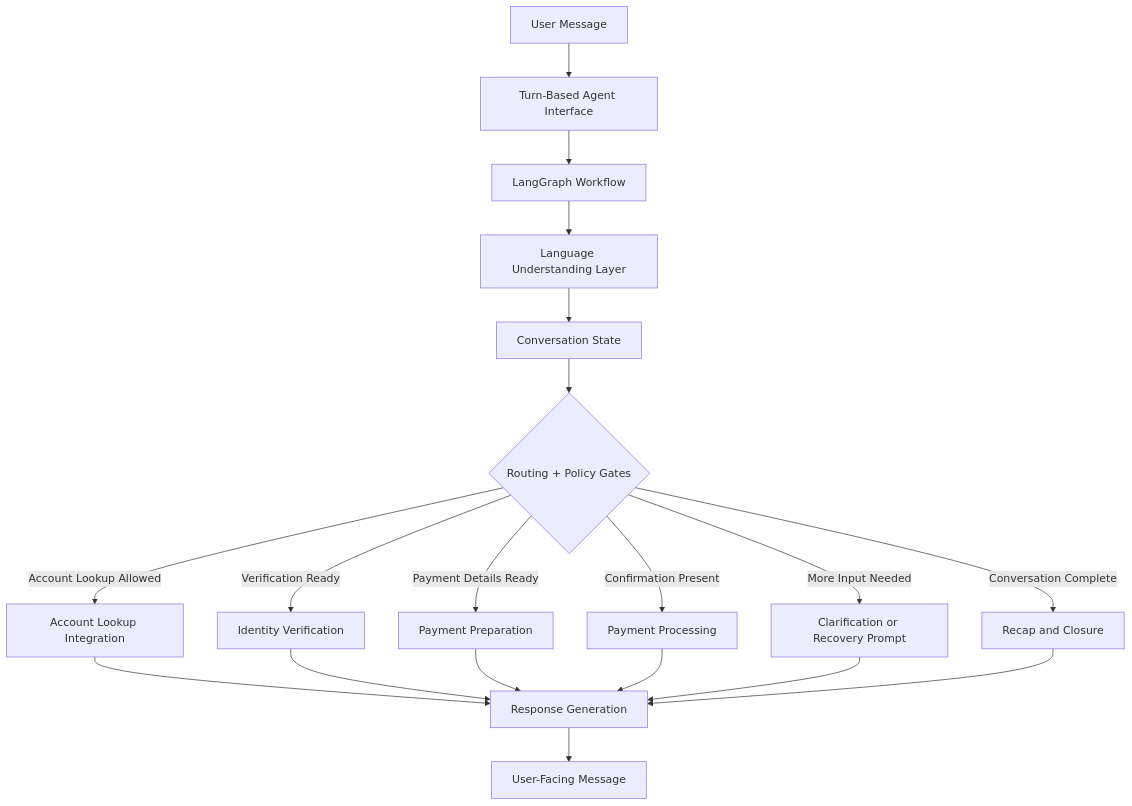
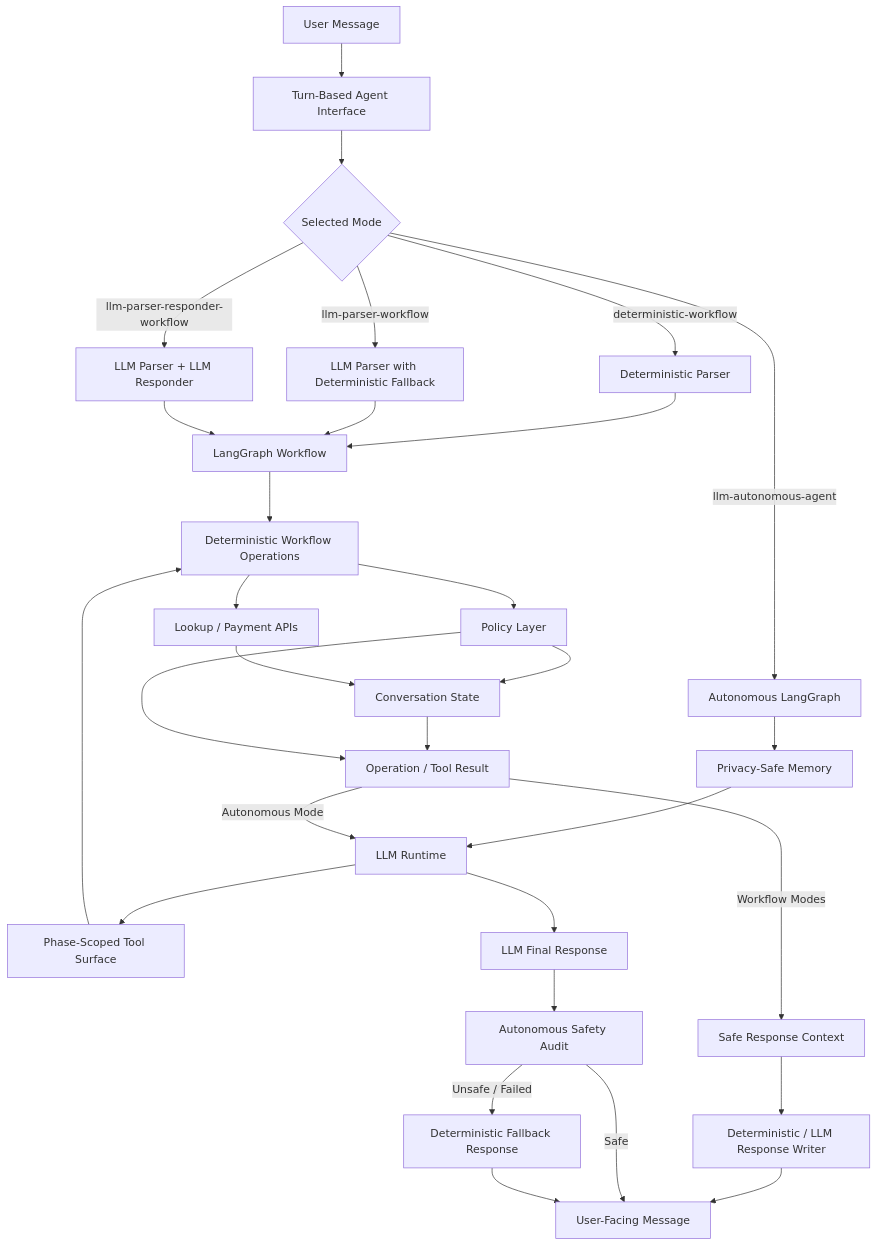
The first of 3 diagrams in docs/DESIGN.md (KayvanShah1/settlesentry-payment-collection-agent), drawn with Mermaid before and after one commit. The commit also changed other lines of this file and 5 other files, not shown here.

Commit message:
docs: refresh mode architecture and autonomous documentation

````diff
--- a/docs/DESIGN.md
+++ b/docs/DESIGN.md
@@ -45,25 +45,43 @@
 ```mermaid
 flowchart TD
     U[User Message] --> I[Turn-Based Agent Interface]
-    I --> G[LangGraph Workflow]
 
-    G --> P[Language Understanding Layer]
-    P --> S[Conversation State]
-    S --> R{Routing + Policy Gates}
+    I --> M{Selected Mode}
 
-    R -->|Account Lookup Allowed| L[Account Lookup Integration]
-    R -->|Verification Ready| V[Identity Verification]
-    R -->|Payment Details Ready| C[Payment Preparation]
-    R -->|Confirmation Present| X[Payment Processing]
-    R -->|More Input Needed| Q[Clarification or Recovery Prompt]
-    R -->|Conversation Complete| Z[Recap and Closure]
+    M -->|deterministic-workflow| D[Deterministic Parser]
+    M -->|llm-parser-workflow| LP[LLM Parser with Deterministic Fallback]
+    M -->|llm-parser-responder-workflow| LR[LLM Parser + LLM Responder]
+    M -->|llm-autonomous-agent| AG[Autonomous LangGraph]
 
-    L --> M[Response Generation]
-    V --> M
-    C --> M
-    X --> M
-    Q --> M
-    Z --> M
+    D --> G[LangGraph Workflow]
+    LP --> G
+    LR --> G
 
-    M --> A[User-Facing Message]
+    AG --> MEM[Privacy-Safe Memory]
+    MEM --> ART[LLM Runtime]
+    ART --> TS[Phase-Scoped Tool Surface]
+
+    G --> OPS[Deterministic Workflow Operations]
+    TS --> OPS
+
+    OPS --> P[Policy Layer]
+    P --> ST[Conversation State]
+
+    OPS --> API[Lookup / Payment APIs]
+    API --> ST
+
+    ST --> RES[Operation / Tool Result]
+    P --> RES
+
+    RES -->|Workflow Modes| RC[Safe Response Context]
+    RES -->|Autonomous Mode| ART
+
+    RC --> RW[Deterministic / LLM Response Writer]
+    RW --> MSG[User-Facing Message]
+
+    ART --> AR[LLM Final Response]
+    AR --> SA[Autonomous Safety Audit]
+    SA -->|Safe| MSG
+    SA -->|Unsafe / Failed| FB[Deterministic Fallback Response]
+    FB --> MSG
 ```
````
